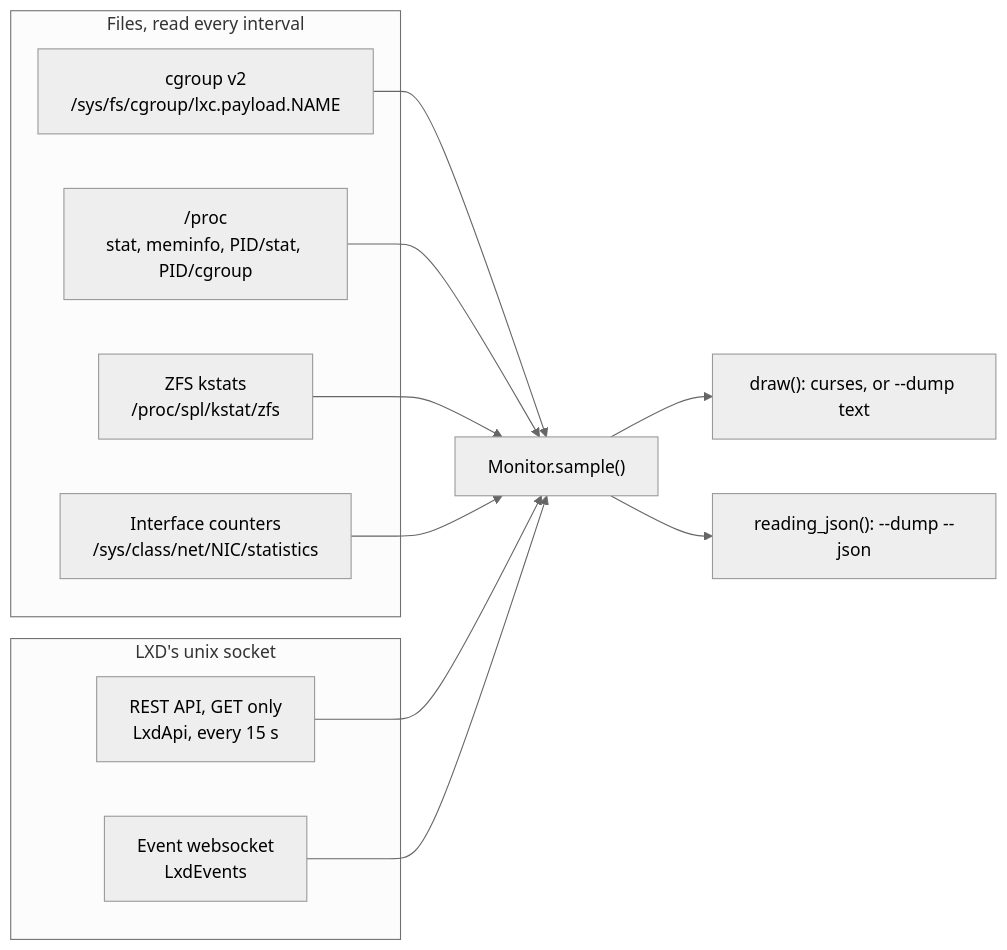
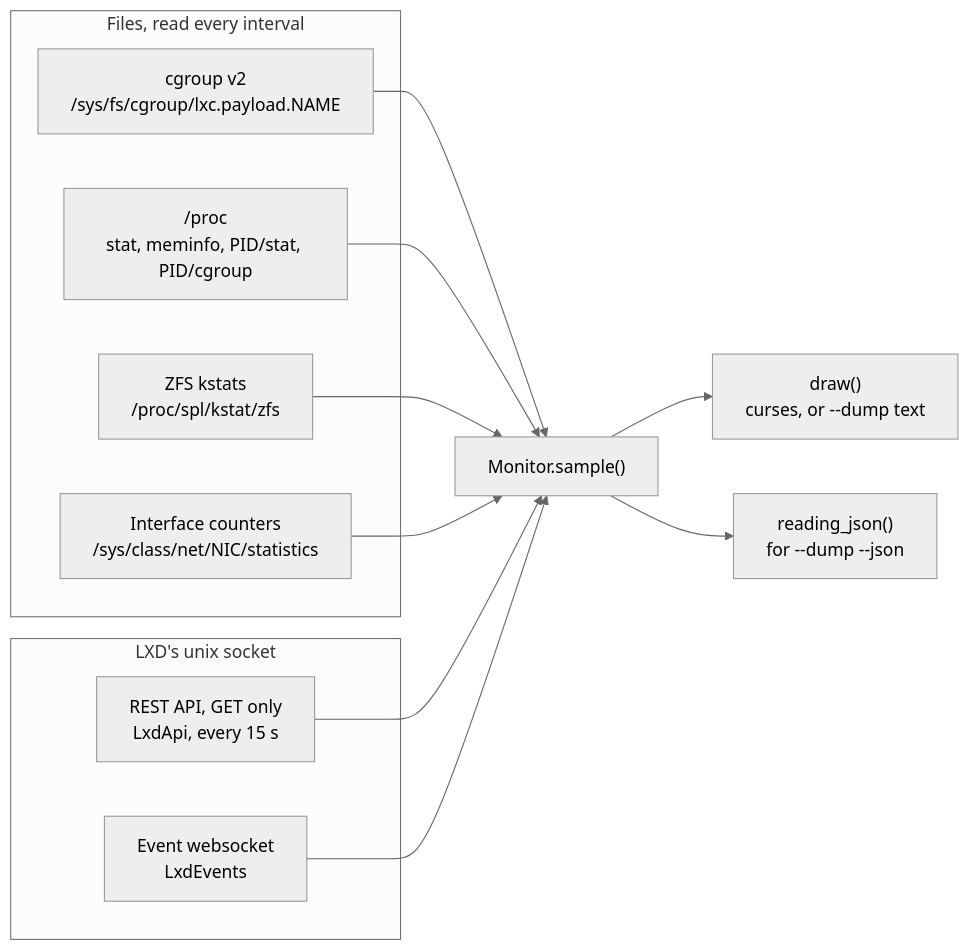
Before and after one commit to bjhinkle/lxdtop: the second of 5 diagrams in docs/WALKTHROUGH.md, drawn with Mermaid (neutral theme). The commit also changed other lines of this file, not shown here.

First line of the commit message:
docs: shorter labels in the walkthrough's diagrams

````diff
--- a/docs/WALKTHROUGH.md
+++ b/docs/WALKTHROUGH.md
@@ -88,21 +88,21 @@
 ```mermaid
 flowchart LR
     subgraph files["Files, read every interval"]
         cg["cgroup v2<br/>/sys/fs/cgroup/lxc.payload.NAME"]
         proc["/proc<br/>stat, meminfo, PID/stat, PID/cgroup"]
         zfs["ZFS kstats<br/>/proc/spl/kstat/zfs"]
         nic["Interface counters<br/>/sys/class/net/NIC/statistics"]
     end
     subgraph sock["LXD's unix socket"]
         rest["REST API, GET only<br/>LxdApi, every 15 s"]
         ws["Event websocket<br/>LxdEvents"]
     end
     cg --> mon["Monitor.sample()"]
     proc --> mon
     zfs --> mon
     nic --> mon
     rest --> mon
     ws --> mon
-    mon --> screen["draw(): curses, or --dump text"]
-    mon --> json["reading_json(): --dump --json"]
+    mon --> screen["draw()<br/>curses, or --dump text"]
+    mon --> json["reading_json()<br/>for --dump --json"]
 ```
````
